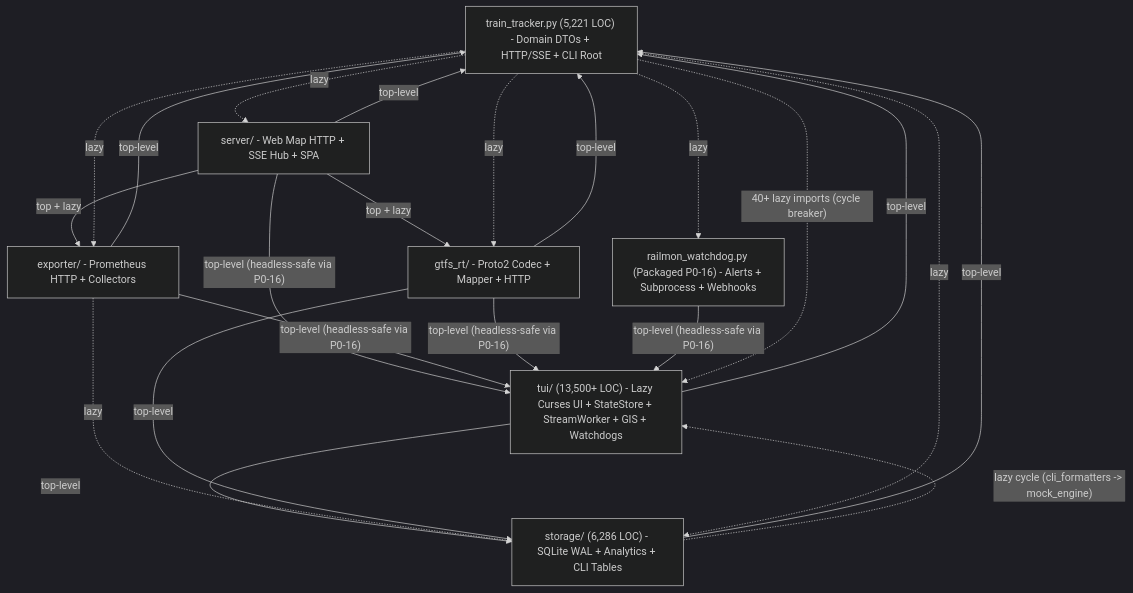
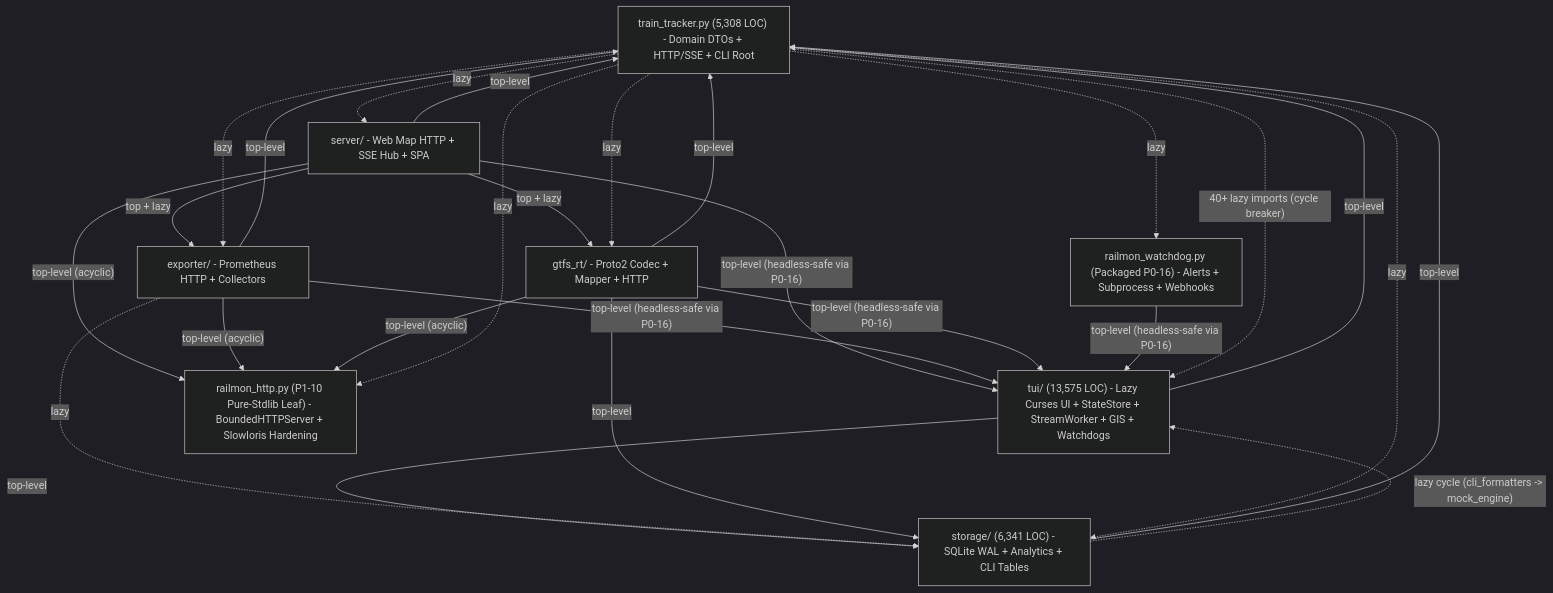
The first of 2 diagrams in docs/architecture/codebase-architecture-review.md (svagionitis/railmon), drawn with Mermaid (dark theme) before and after one commit. The commit also changed other lines of this file and 21 other files, not shown here.

````diff
--- a/docs/architecture/codebase-architecture-review.md
+++ b/docs/architecture/codebase-architecture-review.md
@@ -77,32 +77,37 @@
 ```mermaid
 flowchart TD
-    TT["train_tracker.py (5,221 LOC) - Domain DTOs + HTTP/SSE + CLI Root"]
-    TUI["tui/ (13,500+ LOC) - Lazy Curses UI + StateStore + StreamWorker + GIS + Watchdogs"]
-    STO["storage/ (6,286 LOC) - SQLite WAL + Analytics + CLI Tables"]
+    TT["train_tracker.py (5,308 LOC) - Domain DTOs + HTTP/SSE + CLI Root"]
+    TUI["tui/ (13,575 LOC) - Lazy Curses UI + StateStore + StreamWorker + GIS + Watchdogs"]
+    STO["storage/ (6,341 LOC) - SQLite WAL + Analytics + CLI Tables"]
     SRV["server/ - Web Map HTTP + SSE Hub + SPA"]
     EXP["exporter/ - Prometheus HTTP + Collectors"]
     GTF["gtfs_rt/ - Proto2 Codec + Mapper + HTTP"]
     WDG["railmon_watchdog.py (Packaged P0-16) - Alerts + Subprocess + Webhooks"]
+    HTTP["railmon_http.py (P1-10 Pure-Stdlib Leaf) - BoundedHTTPServer + Slowloris Hardening"]
 
     TUI -->|"top-level"| TT
     TUI -->|"top-level"| STO
     STO -->|"top-level"| TT
     STO -.->|"lazy cycle (cli_formatters -> mock_engine)"| TUI
     SRV -->|"top-level"| TT
     SRV -->|"top-level (headless-safe via P0-16)"| TUI
     SRV -->|"top + lazy"| EXP
     SRV -->|"top + lazy"| GTF
+    SRV -->|"top-level (acyclic)"| HTTP
     EXP -->|"top-level"| TT
     EXP -->|"top-level (headless-safe via P0-16)"| TUI
     EXP -.->|"lazy"| STO
+    EXP -->|"top-level (acyclic)"| HTTP
     GTF -->|"top-level"| TT
     GTF -->|"top-level (headless-safe via P0-16)"| TUI
     GTF -->|"top-level"| STO
+    GTF -->|"top-level (acyclic)"| HTTP
     WDG -->|"top-level (headless-safe via P0-16)"| TUI
     TT -.->|"40+ lazy imports (cycle breaker)"| TUI
     TT -.->|"lazy"| STO
     TT -.->|"lazy"| SRV
     TT -.->|"lazy"| EXP
     TT -.->|"lazy"| GTF
     TT -.->|"lazy"| WDG
+    TT -.->|"lazy"| HTTP
 ```
````
